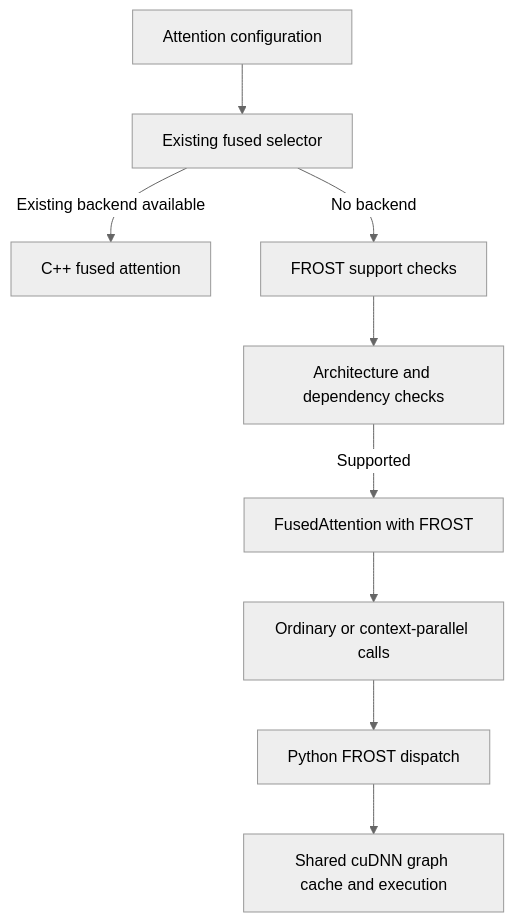
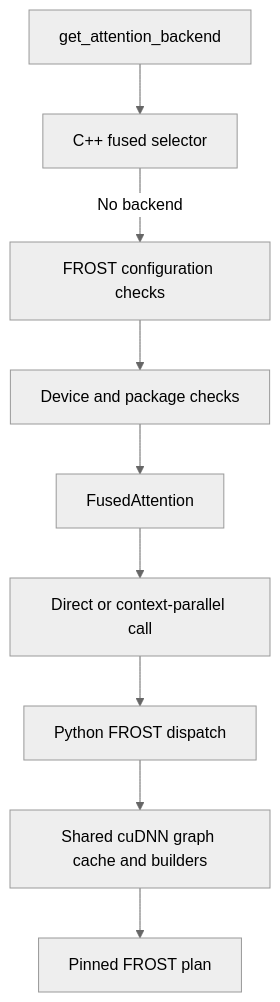
The diagram in knowledge/projects/transformer-engine/knowledgebase/upstream/prs/NVIDIA--TransformerEngine/PR-3527.md (yuguo-Jack/HCU-TrainFlow), drawn with Mermaid before and after one commit. The commit also changed other lines of this file and 42044 other files, not shown here.

````diff
--- a/knowledge/projects/transformer-engine/knowledgebase/upstream/prs/NVIDIA--TransformerEngine/PR-3527.md
+++ b/knowledge/projects/transformer-engine/knowledgebase/upstream/prs/NVIDIA--TransformerEngine/PR-3527.md
@@ -718,12 +750,12 @@
 ```mermaid
 %%{init: {'theme': 'neutral'}}%%
 flowchart TD
-    A[Attention configuration] --> B[Existing fused selector]
-    B -->|Existing backend available| C[C++ fused attention]
-    B -->|No backend| D[FROST support checks]
-    D --> E[Architecture and dependency checks]
-    E -->|Supported| F[FusedAttention with FROST]
-    F --> G[Ordinary or context-parallel calls]
-    G --> H[Python FROST dispatch]
-    H --> I[Shared cuDNN graph cache and execution]
+  A[get_attention_backend] --> B[C++ fused selector]
+  B -->|No backend| C[FROST configuration checks]
+  C --> D[Device and package checks]
+  D --> E[FusedAttention]
+  E --> F[Direct or context-parallel call]
+  F --> G[Python FROST dispatch]
+  G --> H[Shared cuDNN graph cache and builders]
+  H --> I[Pinned FROST plan]
 ```
````
